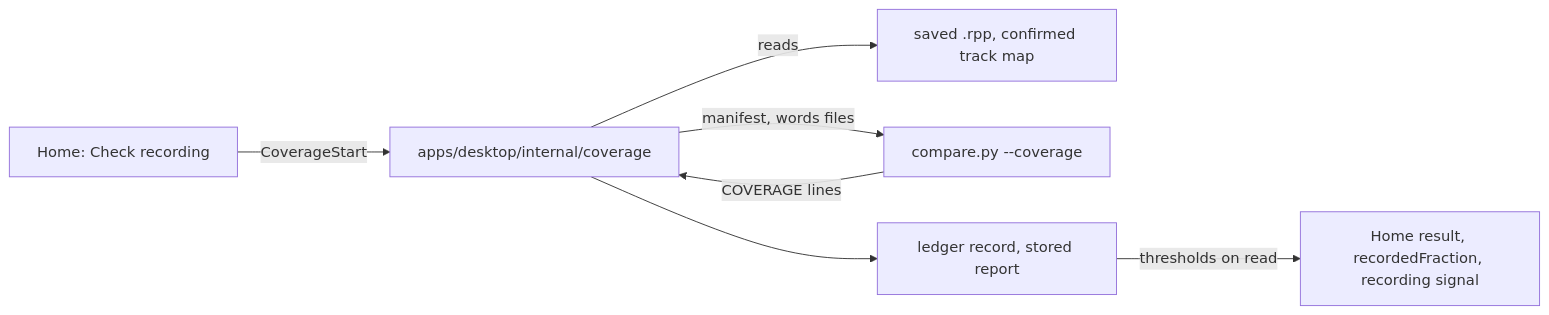
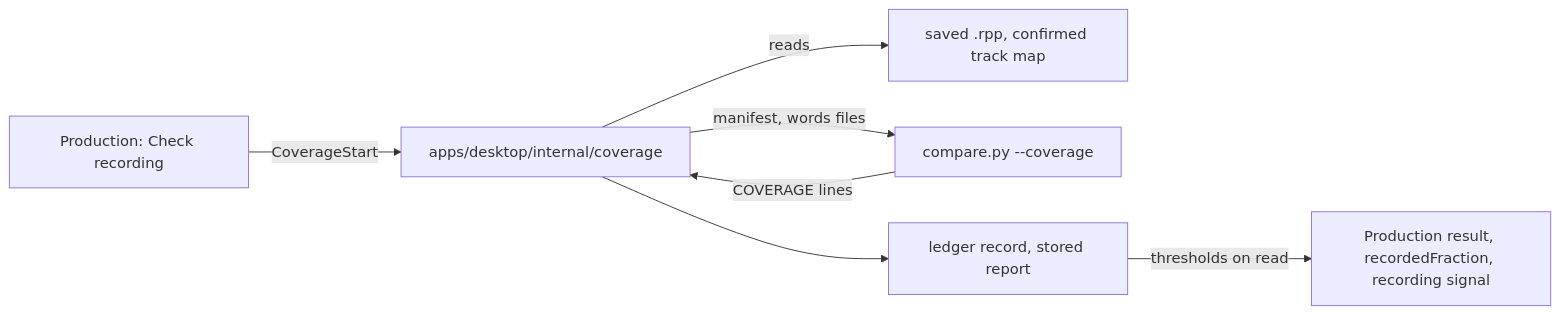
Before and after one commit to countrymanprime/narration-utils: the first of 2 diagrams in docs/utilities/recording-coverage.md, drawn with Mermaid. The commit also changed other lines of this file and 134 other files, not shown here.

Commit message:
feat(production): the Production home replaces Home at / (stage nav P2) (#852)

````diff
--- a/docs/utilities/recording-coverage.md
+++ b/docs/utilities/recording-coverage.md
@@ -53,9 +53,9 @@
 ```mermaid
 flowchart LR
-  home["Home: Check recording"] -->|CoverageStart| svc["apps/desktop/internal/coverage"]
+  home["Production: Check recording"] -->|CoverageStart| svc["apps/desktop/internal/coverage"]
   svc -->|reads| rpp["saved .rpp, confirmed track map"]
   svc -->|manifest, words files| side["compare.py --coverage"]
   side -->|COVERAGE lines| svc
   svc --> ledger["ledger record, stored report"]
-  ledger -->|thresholds on read| out["Home result, recordedFraction, recording signal"]
+  ledger -->|thresholds on read| out["Production result, recordedFraction, recording signal"]
 ```
````
